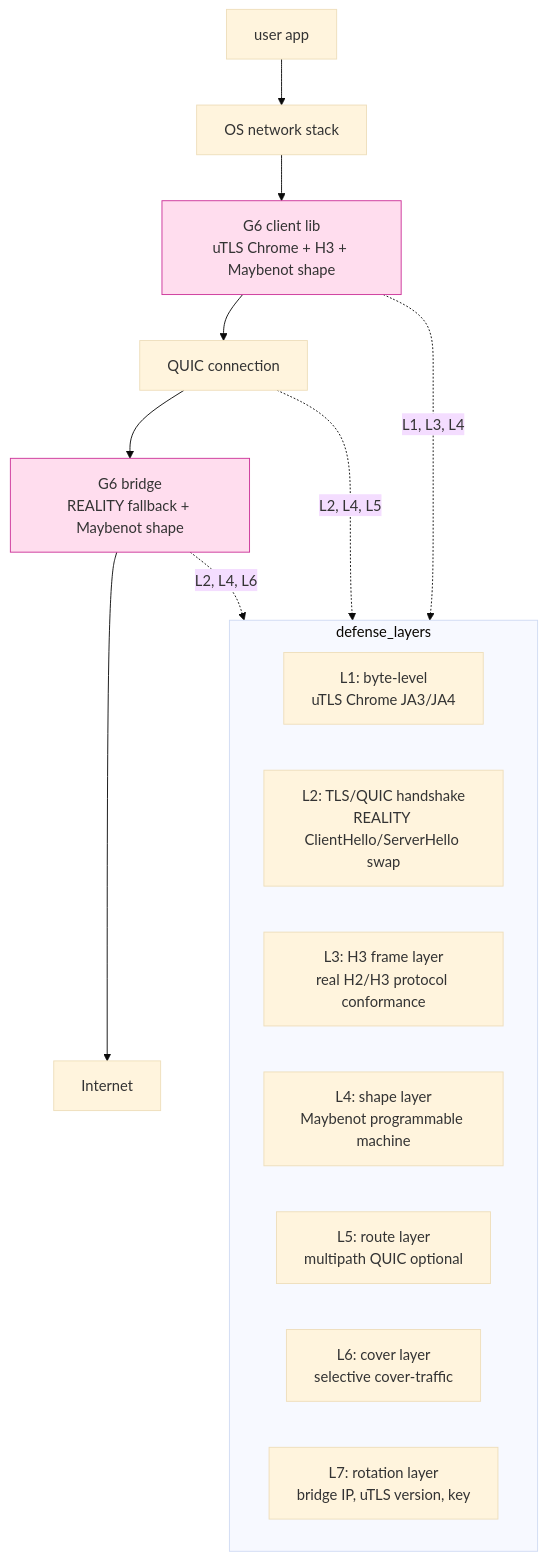
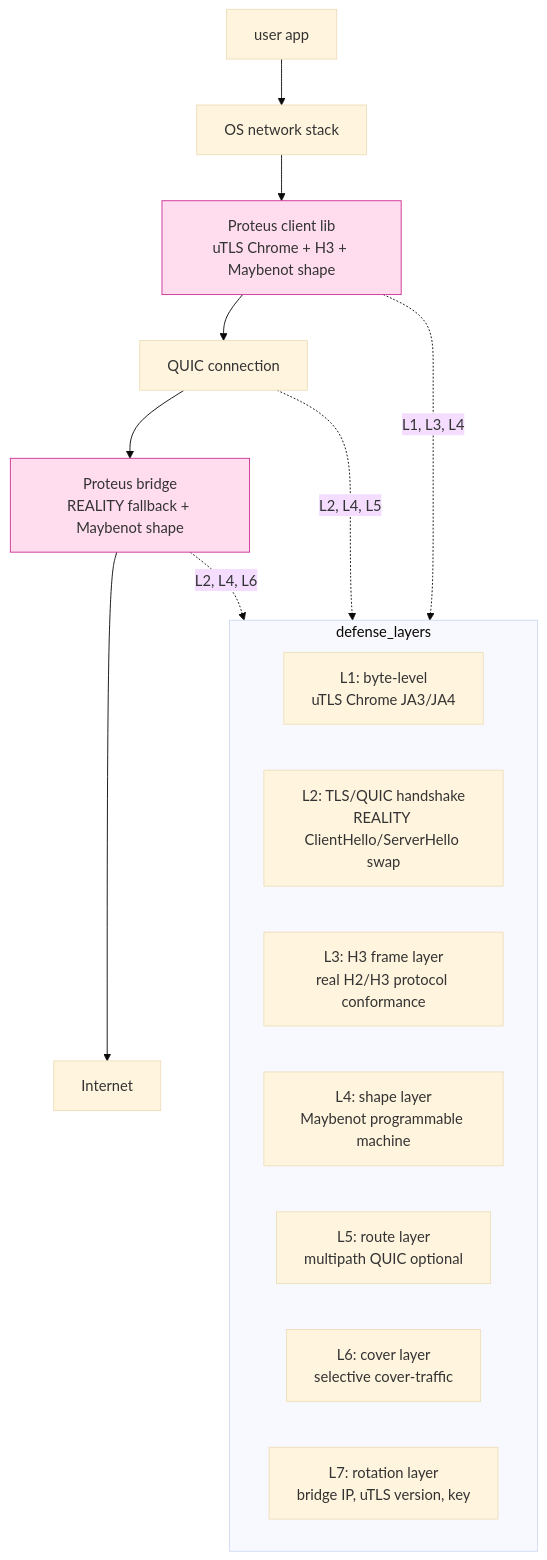
One commit to Icarus603/network-from-scratch changed the second of 2 diagrams in lessons/part-10-traffic-analysis/10.11-threat-defense-matrix.md. Above: the diagram before and after it, drawn with Mermaid (base theme). The commit also changed other lines of this file and 300 other files, not shown here.

````diff
--- a/lessons/part-10-traffic-analysis/10.11-threat-defense-matrix.md
+++ b/lessons/part-10-traffic-analysis/10.11-threat-defense-matrix.md
@@ -122,25 +122,25 @@
 ```mermaid
 flowchart TD
     A[user app] --> B[OS network stack]
-    B --> C[G6 client lib<br/>uTLS Chrome + H3 + Maybenot shape]
+    B --> C[Proteus client lib<br/>uTLS Chrome + H3 + Maybenot shape]
     C --> D[QUIC connection]
-    D --> E[G6 bridge<br/>REALITY fallback + Maybenot shape]
+    D --> E[Proteus bridge<br/>REALITY fallback + Maybenot shape]
     E --> F[Internet]
     
     subgraph defense_layers
         L1[L1: byte-level<br/>uTLS Chrome JA3/JA4]
         L2[L2: TLS/QUIC handshake<br/>REALITY ClientHello/ServerHello swap]
         L3[L3: H3 frame layer<br/>real H2/H3 protocol conformance]
         L4[L4: shape layer<br/>Maybenot programmable machine]
         L5[L5: route layer<br/>multipath QUIC optional]
         L6[L6: cover layer<br/>selective cover-traffic]
         L7[L7: rotation layer<br/>bridge IP, uTLS version, key]
     end
     
     C -. L1, L3, L4 .-> defense_layers
     D -. L2, L4, L5 .-> defense_layers
     E -. L2, L4, L6 .-> defense_layers
     
     classDef ours fill:#fde,stroke:#c39
     class C,E ours
 ```
````
